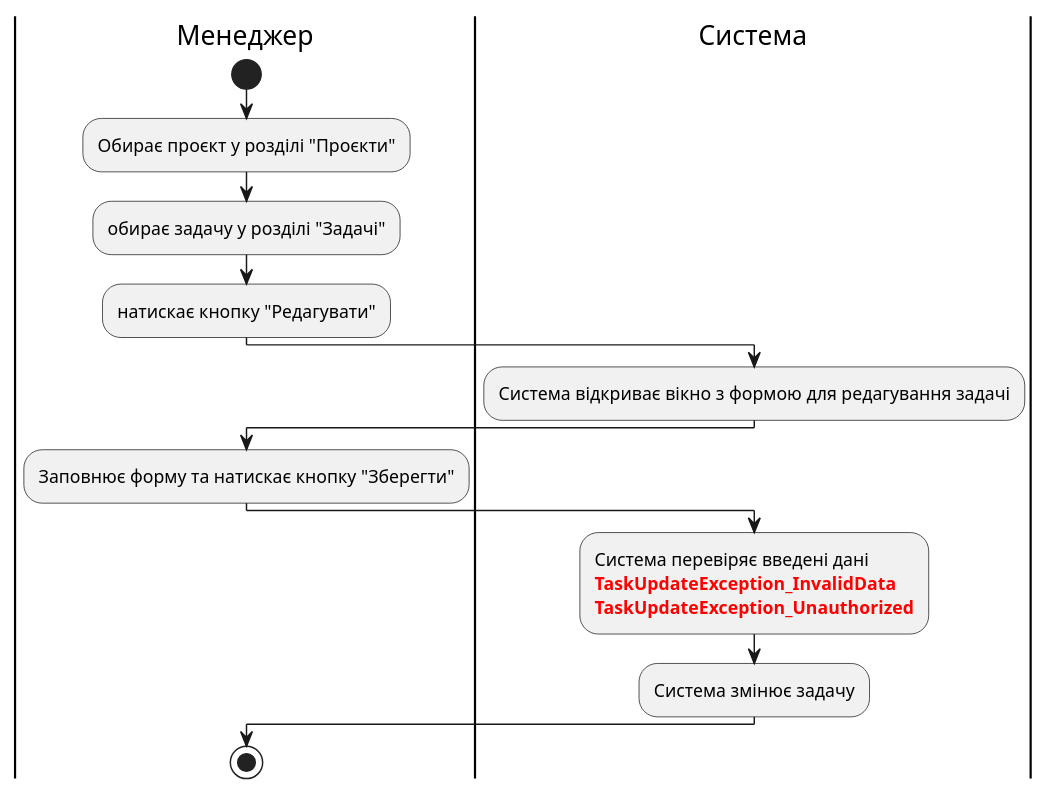
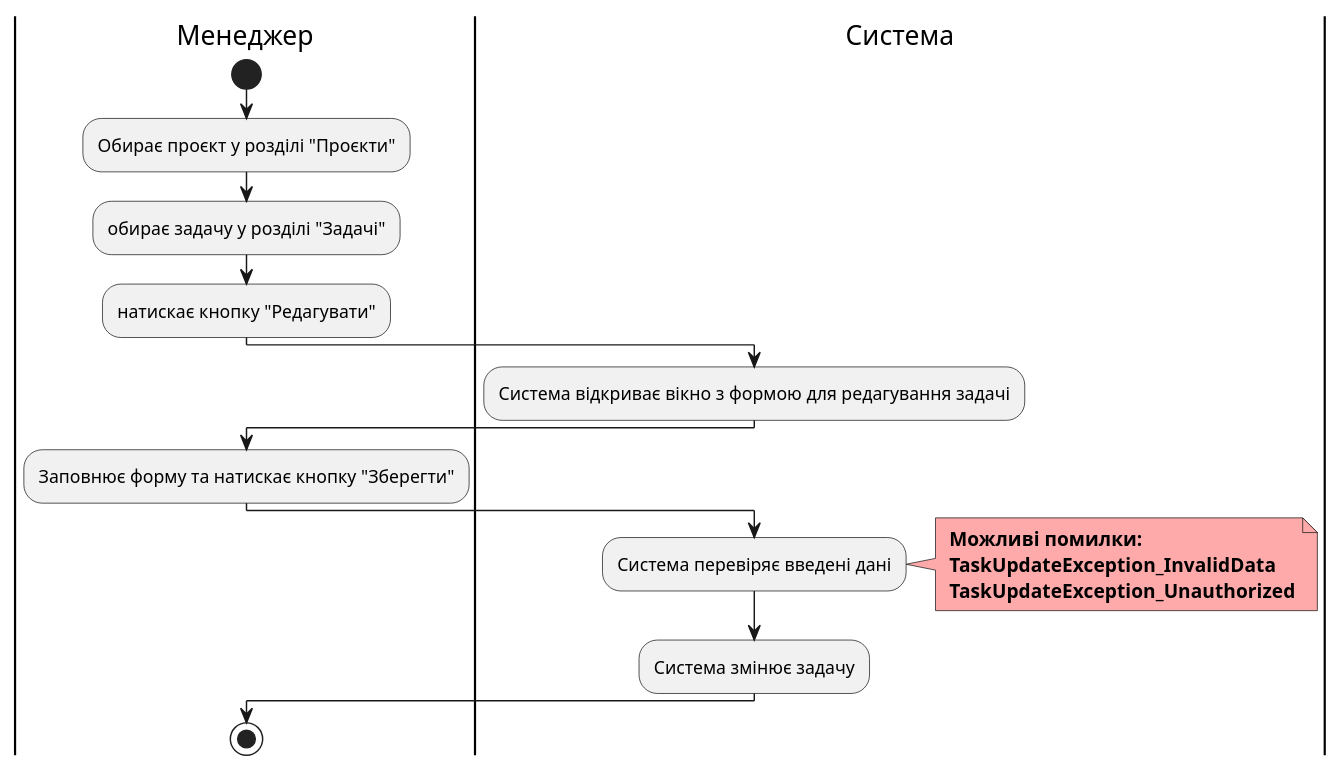
Before and after one commit to vlad13242/TaskForge: diagram 14 of 21 in docs/use cases/README.md, drawn with PlantUML. The commit also changed other lines of this file and 1 other file, not shown here.

Commit message:
shenge all diagram errors

```diff
--- a/docs/use cases/README.md
+++ b/docs/use cases/README.md
@@ -753,24 +781,27 @@
 @startuml
 
     |Менеджер|
     start;
     :Обирає проєкт у розділі "Проєкти";
     :обирає задачу у розділі "Задачі";
     :натискає кнопку "Редагувати";
     
     |Система|
     :Система відкриває вікно з формою для редагування задачі;
     
     |Менеджер|
     :Заповнює форму та натискає кнопку "Зберегти";
     
     |Система|
-    :Система перевіряє введені дані
-    <font color="red">**TaskUpdateException_InvalidData**
-    <font color="red">**TaskUpdateException_Unauthorized**;
+    :Система перевіряє введені дані;
+    note right #ffaaaa
+    <b> Можливі помилки:
+    <b> TaskUpdateException_InvalidData
+    <b> TaskUpdateException_Unauthorized
+    end note
     :Система змінює задачу;
 
     |Менеджер|
     stop;
 
 @enduml
```
